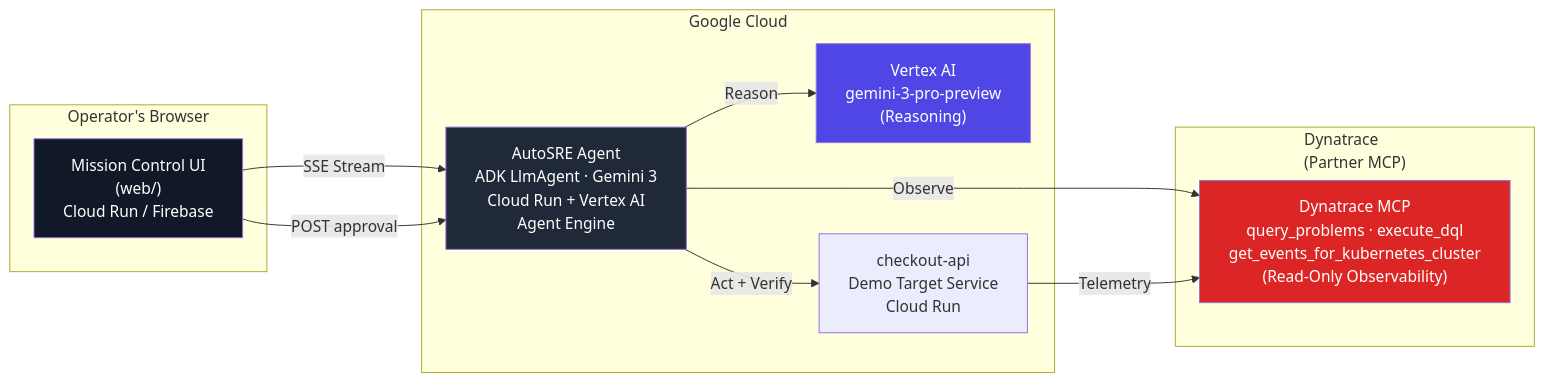
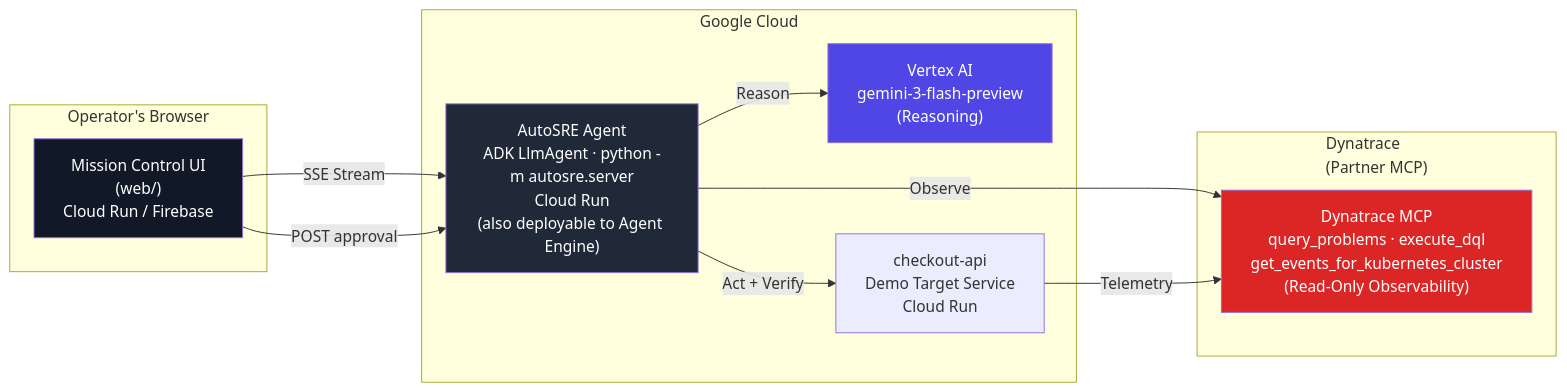
One commit to thylinao1/autosre changed the diagram in README.md. Above: the diagram before and after it, drawn with Mermaid. The commit also changed other lines of this file and 43 other files, not shown here.

````diff
--- a/README.md
+++ b/README.md
@@ -59,28 +59,28 @@
 ```mermaid
 graph LR
     subgraph browser["Operator's Browser"]
         UI["Mission Control UI<br/>(web/)<br/>Cloud Run / Firebase"]
     end
     
     subgraph gcp["Google Cloud"]
-        AGENT["AutoSRE Agent<br/>ADK LlmAgent · Gemini 3<br/>Cloud Run + Vertex AI<br/>Agent Engine"]
-        VERTEX["Vertex AI<br/>gemini-3-pro-preview<br/>(Reasoning)"]
+        AGENT["AutoSRE Agent<br/>ADK LlmAgent · python -m autosre.server<br/>Cloud Run<br/>(also deployable to Agent Engine)"]
+        VERTEX["Vertex AI<br/>gemini-3-flash-preview<br/>(Reasoning)"]
         TARGET["checkout-api<br/>Demo Target Service<br/>Cloud Run"]
     end
     
     subgraph dt["Dynatrace<br/>(Partner MCP)"]
         MCP["Dynatrace MCP<br/>query_problems · execute_dql<br/>get_events_for_kubernetes_cluster<br/>(Read-Only Observability)"]
     end
     
     UI -->|SSE Stream| AGENT
     UI -->|POST approval| AGENT
     AGENT -->|Reason| VERTEX
     AGENT -->|Observe| MCP
     AGENT -->|Act + Verify| TARGET
     TARGET -->|Telemetry| MCP
     
     style AGENT fill:#1f2937,color:#fff
     style UI fill:#111827,color:#fff
     style VERTEX fill:#4f46e5,color:#fff
     style MCP fill:#dc2626,color:#fff
 ```
````
